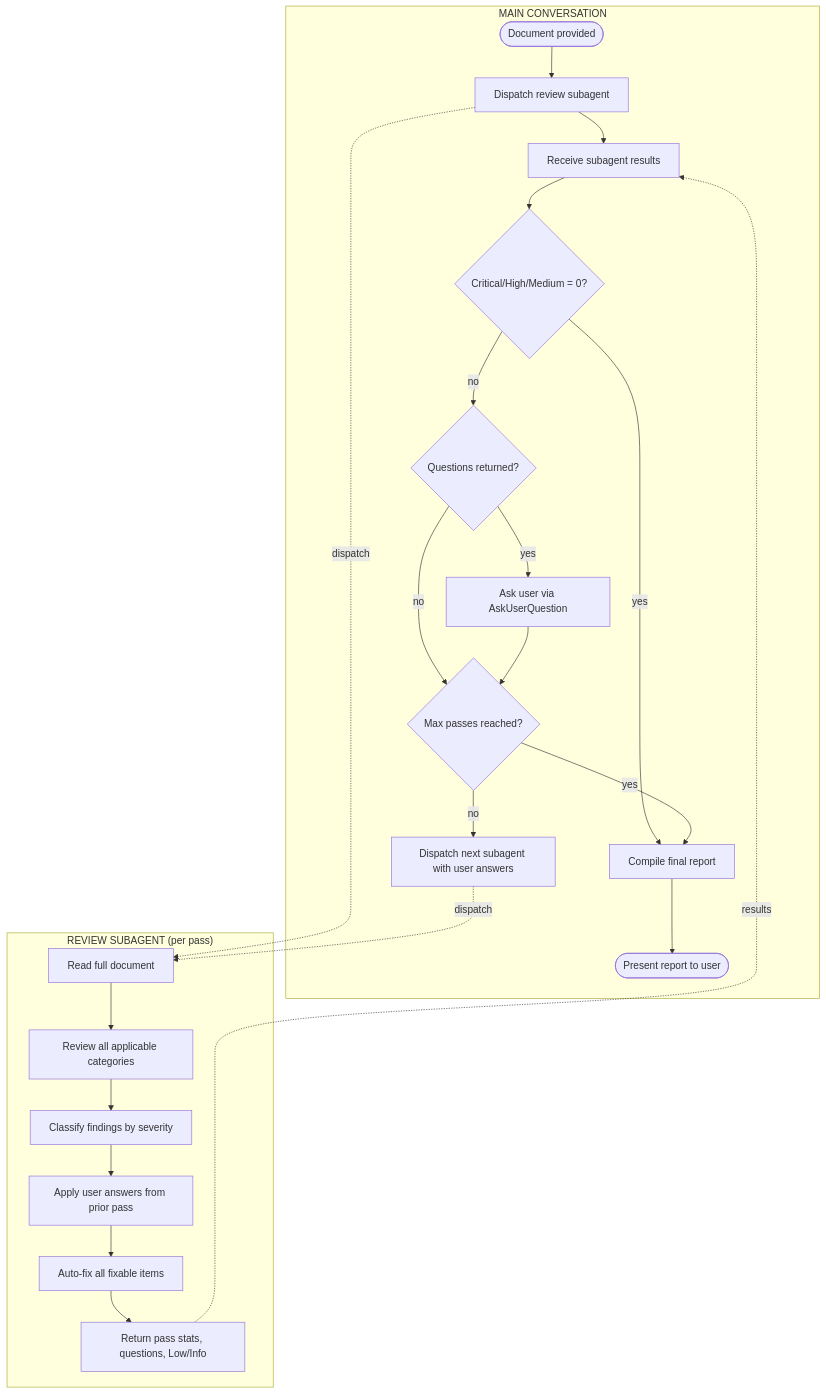
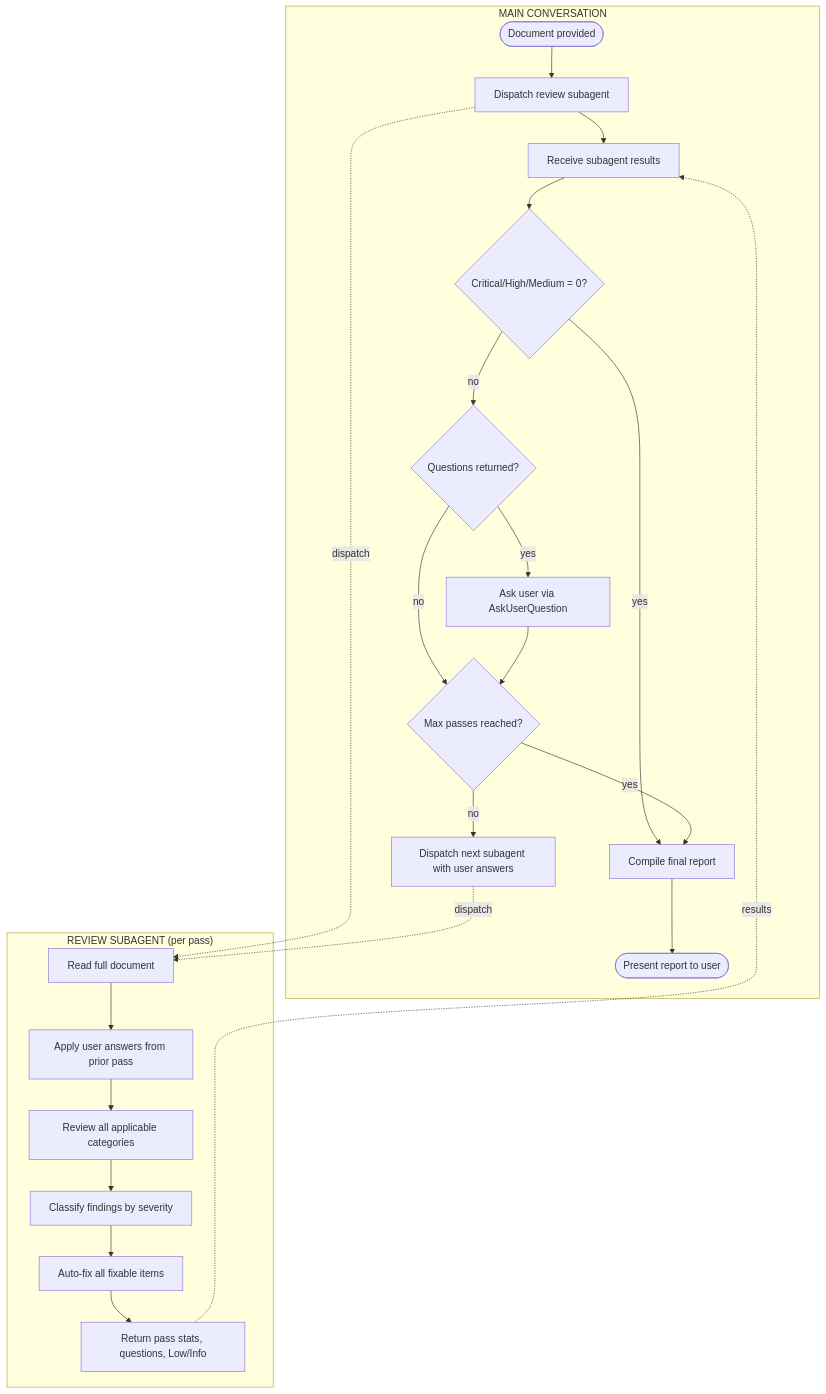
Before and after one commit to brianpw/claude-skills: the diagram in skills/iterative-document-review/SKILL.md, drawn with Mermaid. The commit also changed other lines of this file and 2 other files, not shown here.

First line of the commit message:
Round-4 review fixes (0.3.2 → 0.3.3) (#5)

````diff
--- a/skills/iterative-document-review/SKILL.md
+++ b/skills/iterative-document-review/SKILL.md
@@ -26,28 +26,28 @@
 ```mermaid
 flowchart TD
   subgraph MAIN["MAIN CONVERSATION"]
     A([Document provided]) --> B[Dispatch review subagent]
     B --> C[Receive subagent results]
     C --> D{Critical/High/Medium = 0?}
     D -- yes --> G[Compile final report]
     D -- no --> Q{Questions returned?}
     Q -- yes --> E[Ask user via AskUserQuestion]
     Q -- no --> F{Max passes reached?}
     E --> F
     F -- yes --> G
     F -- no --> H[Dispatch next subagent with user answers]
     G --> I([Present report to user])
   end
 
   subgraph SUB["REVIEW SUBAGENT (per pass)"]
-    S1[Read full document] --> S2[Review all applicable categories]
+    S1[Read full document] --> S4[Apply user answers from prior pass]
+    S4 --> S2[Review all applicable categories]
     S2 --> S3[Classify findings by severity]
-    S3 --> S4[Apply user answers from prior pass]
-    S4 --> S5[Auto-fix all fixable items]
+    S3 --> S5[Auto-fix all fixable items]
     S5 --> S6[Return pass stats, questions, Low/Info]
   end
 
   B -.dispatch.-> S1
   S6 -.results.-> C
   H -.dispatch.-> S1
 ```
````
